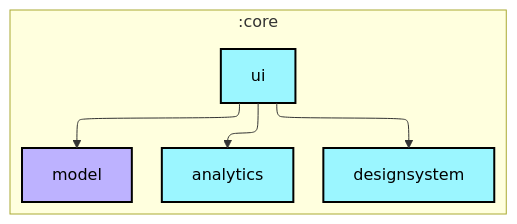
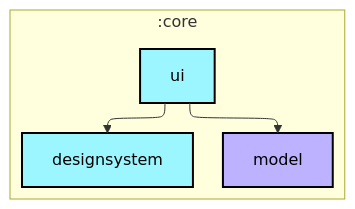
Before and after one commit to weiyuhl/Jasmine66: the first of 2 diagrams in core/ui/README.md, drawn with Mermaid. The commit also changed 26 other files, not shown here.

````diff
--- a/core/ui/README.md
+++ b/core/ui/README.md
@@ -6,27 +6,25 @@
 ```mermaid
 ---
 config:
   layout: elk
   elk:
     nodePlacementStrategy: SIMPLE
 ---
 graph TB
   subgraph :core
     direction TB
-    :core:analytics[analytics]:::android-library
     :core:designsystem[designsystem]:::android-library
     :core:model[model]:::jvm-library
     :core:ui[ui]:::android-library
   end
 
-  :core:ui --> :core:analytics
   :core:ui --> :core:designsystem
   :core:ui --> :core:model
 
 classDef android-application fill:#CAFFBF,stroke:#000,stroke-width:2px,color:#000;
 classDef android-feature fill:#FFD6A5,stroke:#000,stroke-width:2px,color:#000;
 classDef android-library fill:#9BF6FF,stroke:#000,stroke-width:2px,color:#000;
 classDef android-test fill:#A0C4FF,stroke:#000,stroke-width:2px,color:#000;
 classDef jvm-library fill:#BDB2FF,stroke:#000,stroke-width:2px,color:#000;
 classDef unknown fill:#FFADAD,stroke:#000,stroke-width:2px,color:#000;
 ```
````
